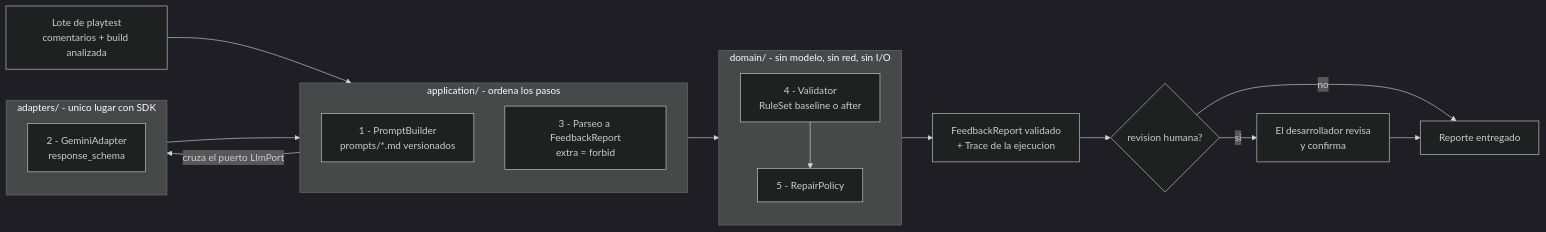
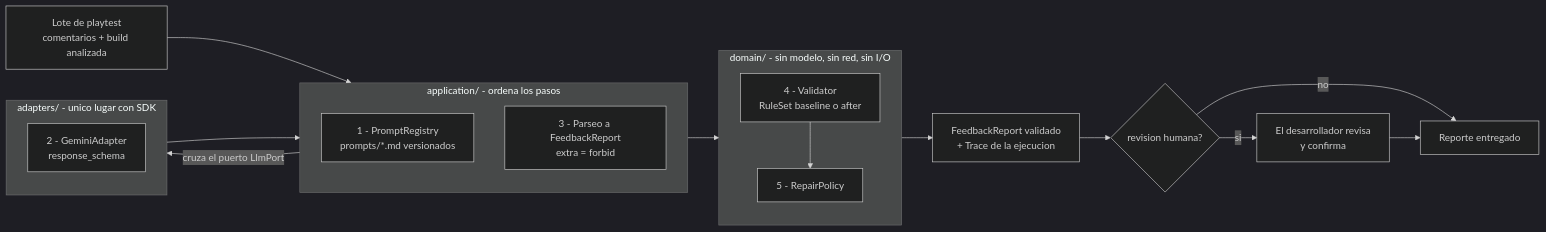
One commit to david181222/QuickDev changed the first of 3 diagrams in docs/arquitectura.md. Above: the diagram before and after it, drawn with Mermaid (dark theme). The commit also changed other lines of this file and 3 other files, not shown here.

````diff
--- a/docs/arquitectura.md
+++ b/docs/arquitectura.md
@@ -32,37 +33,37 @@
 ```mermaid
 flowchart LR
     LOTE["Lote de playtest<br/>comentarios + build analizada"]
 
     subgraph APP["application/ - ordena los pasos"]
         direction TB
-        PROMPT["1 - PromptBuilder<br/>prompts/*.md versionados"]
+        PROMPT["1 - PromptRegistry<br/>prompts/*.md versionados"]
         PARSE["3 - Parseo a FeedbackReport<br/>extra = forbid"]
     end
 
     subgraph INFRA["adapters/ - unico lugar con SDK"]
         direction TB
         GEM["2 - GeminiAdapter<br/>response_schema"]
     end
 
     subgraph DOM["domain/ - sin modelo, sin red, sin I/O"]
         direction TB
         VAL["4 - Validator<br/>RuleSet baseline o after"]
         REP["5 - RepairPolicy"]
     end
 
     OUT["FeedbackReport validado<br/>+ Trace de la ejecucion"]
     HUM{"revision humana?"}
     DEV["El desarrollador revisa<br/>y confirma"]
     FIN["Reporte entregado"]
 
     LOTE --> PROMPT
     PROMPT -->|"cruza el puerto LlmPort"| GEM
     GEM --> PARSE
     PARSE --> VAL
     VAL --> REP
     REP --> OUT
     OUT --> HUM
     HUM -->|si| DEV
     HUM -->|no| FIN
     DEV --> FIN
 ```
````
